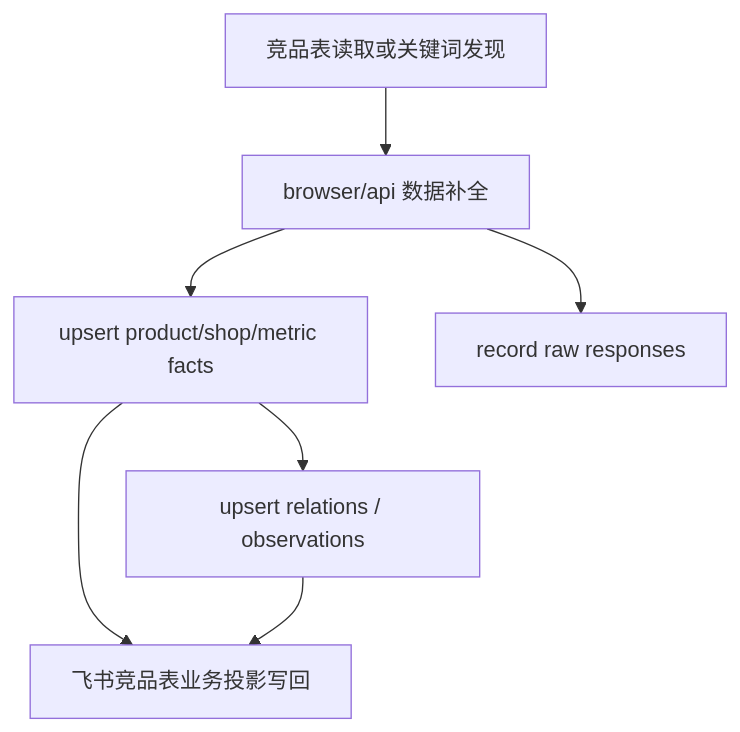
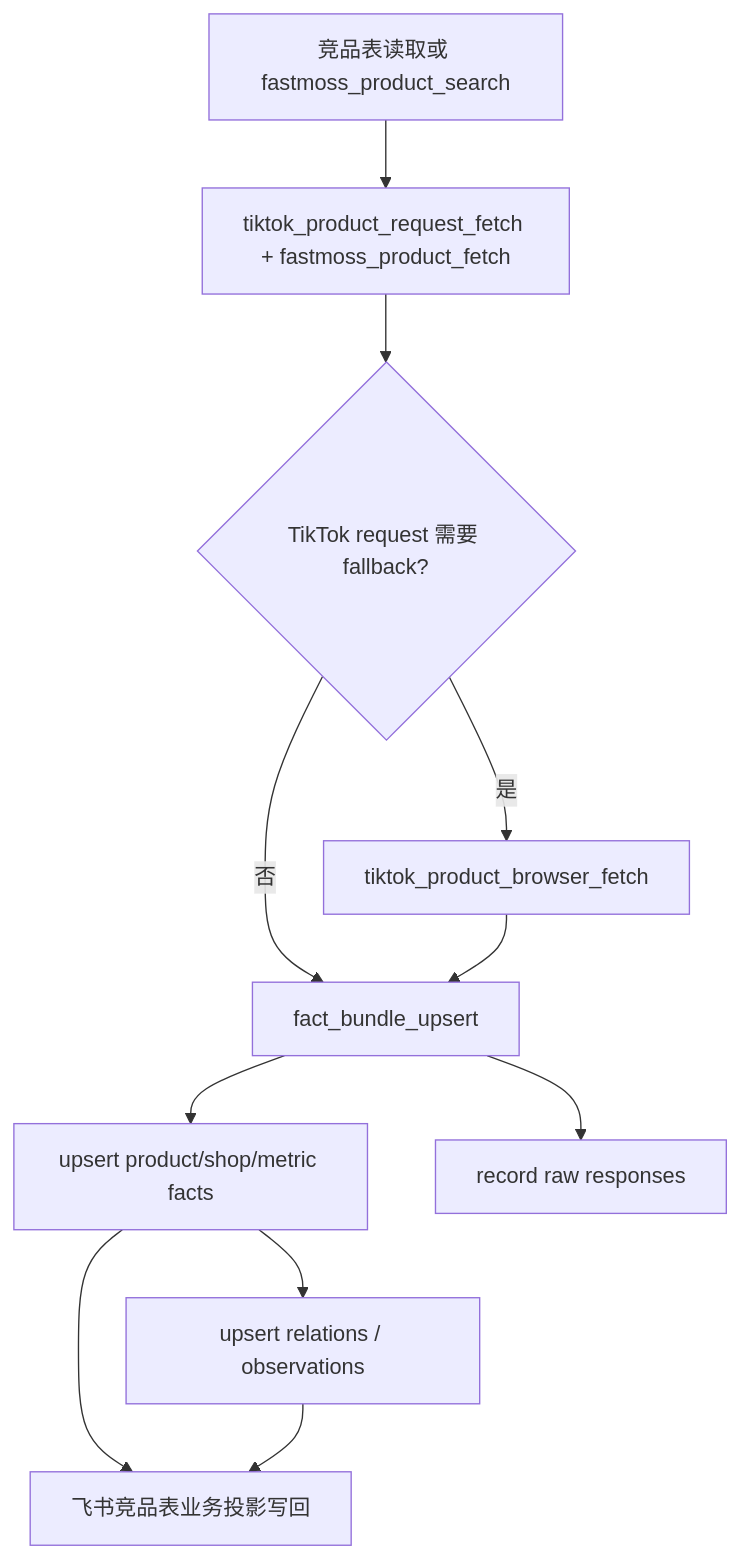
The fourth of 4 diagrams in docs/arch/fact-db-schema-design.md (knighterrantsky/mujitask), drawn with Mermaid before and after one commit. The commit also changed other lines of this file and 53 other files, not shown here.

````diff
--- a/docs/arch/fact-db-schema-design.md
+++ b/docs/arch/fact-db-schema-design.md
@@ -314,9 +346,13 @@
 ```mermaid
 flowchart TD
-    A["竞品表读取或关键词发现"] --> B["browser/api 数据补全"]
-    B --> C["upsert product/shop/metric facts"]
-    B --> D["record raw responses"]
-    C --> E["upsert relations / observations"]
-    C --> F["飞书竞品表业务投影写回"]
-    E --> F
+    A["竞品表读取或 fastmoss_product_search"] --> B["tiktok_product_request_fetch + fastmoss_product_fetch"]
+    B --> C{"TikTok request 需要 fallback?"}
+    C -->|是| D["tiktok_product_browser_fetch"]
+    C -->|否| E["fact_bundle_upsert"]
+    D --> E
+    E --> F["upsert product/shop/metric facts"]
+    E --> G["record raw responses"]
+    F --> H["upsert relations / observations"]
+    F --> I["飞书竞品表业务投影写回"]
+    H --> I
 ```
````
